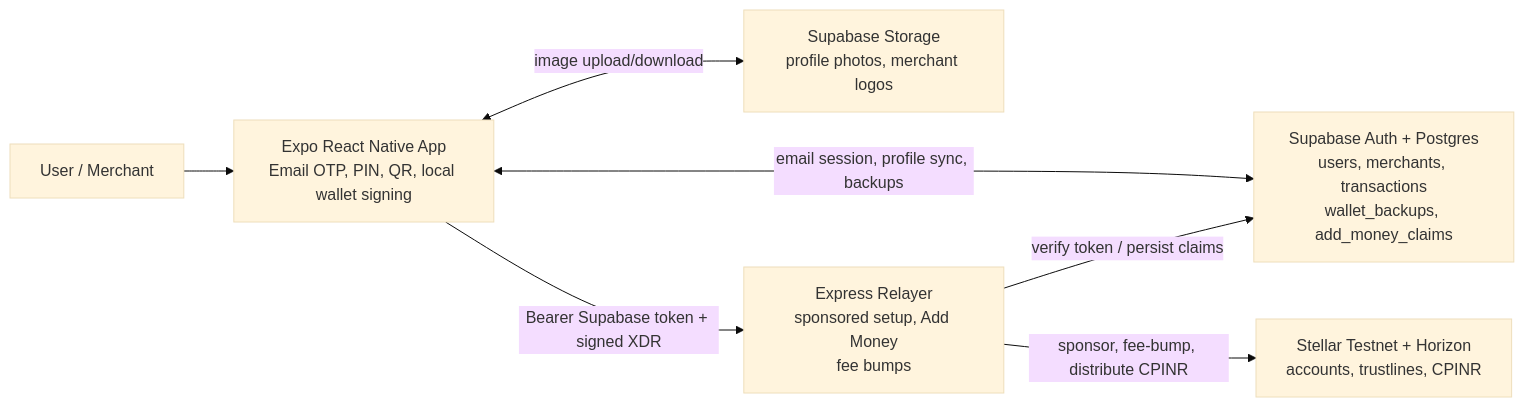
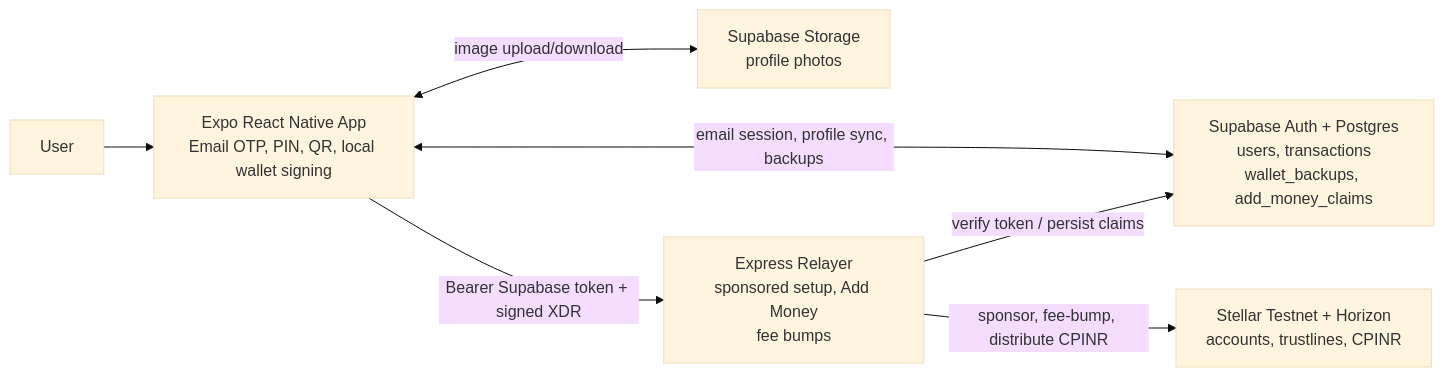
Before and after one commit to Soumen1080/C-Pay: the first of 2 diagrams in README.md, drawn with Mermaid (base theme). The commit also changed other lines of this file, not shown here.

````diff
--- a/README.md
+++ b/README.md
@@ -366,16 +359,16 @@
 ```mermaid
 flowchart LR
-    user["User / Merchant"]
+    user["User"]
     app["Expo React Native App<br/>Email OTP, PIN, QR, local wallet signing"]
-    supabase["Supabase Auth + Postgres<br/>users, merchants, transactions<br/>wallet_backups, add_money_claims"]
-    storage["Supabase Storage<br/>profile photos, merchant logos"]
+    supabase["Supabase Auth + Postgres<br/>users, transactions<br/>wallet_backups, add_money_claims"]
+    storage["Supabase Storage<br/>profile photos"]
     relayer["Express Relayer<br/>sponsored setup, Add Money<br/>fee bumps"]
     stellar["Stellar Testnet + Horizon<br/>accounts, trustlines, CPINR"]
 
     user --> app
     app <-->|email session, profile sync, backups| supabase
     app <-->|image upload/download| storage
     app -->|Bearer Supabase token + signed XDR| relayer
     relayer -->|verify token / persist claims| supabase
     relayer -->|sponsor, fee-bump, distribute CPINR| stellar
 ```
````
